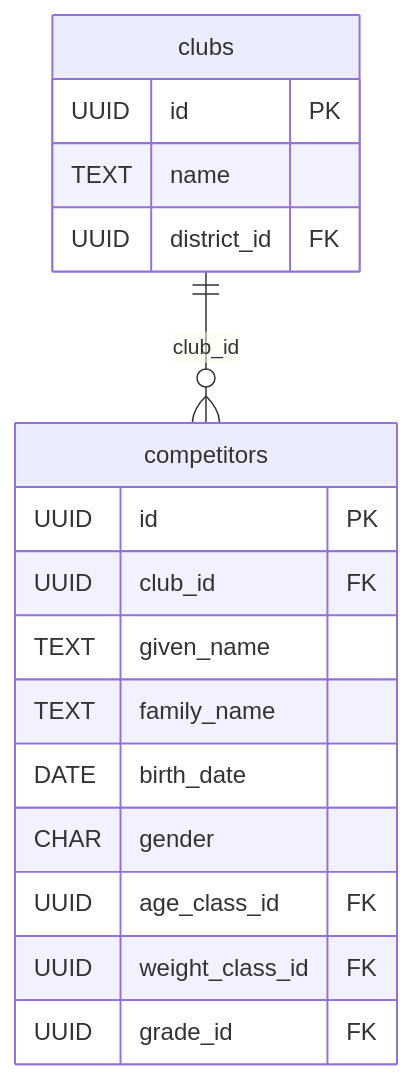
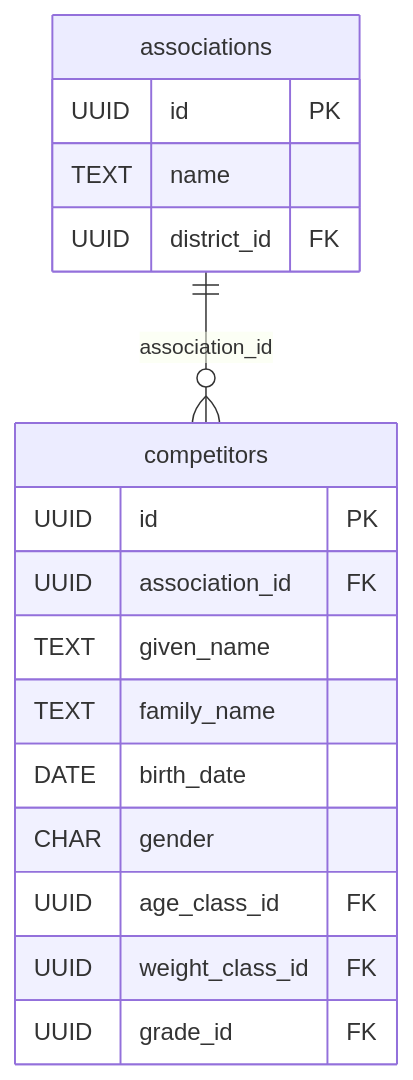
Before and after one commit to AK2083/DojoSphere: the third of 3 diagrams in docs/database/associations-schema.md, drawn with Mermaid. The commit also changed other lines of this file and 166 other files, not shown here.

First line of the commit message:
refactor: update terminology from clubs to associations across documentation and codebase

````diff
--- a/docs/database/associations-schema.md
+++ b/docs/database/associations-schema.md
@@ -337,20 +337,20 @@
 ```mermaid
 erDiagram
-  clubs ||--o{ competitors : "club_id"
-  clubs {
+  associations ||--o{ competitors : "association_id"
+  associations {
     UUID id PK
     TEXT name
     UUID district_id FK
   }
   competitors {
     UUID id PK
-    UUID club_id FK
+    UUID association_id FK
     TEXT given_name
     TEXT family_name
     DATE birth_date
     CHAR gender
     UUID age_class_id FK
     UUID weight_class_id FK
     UUID grade_id FK
   }
 ```
````
